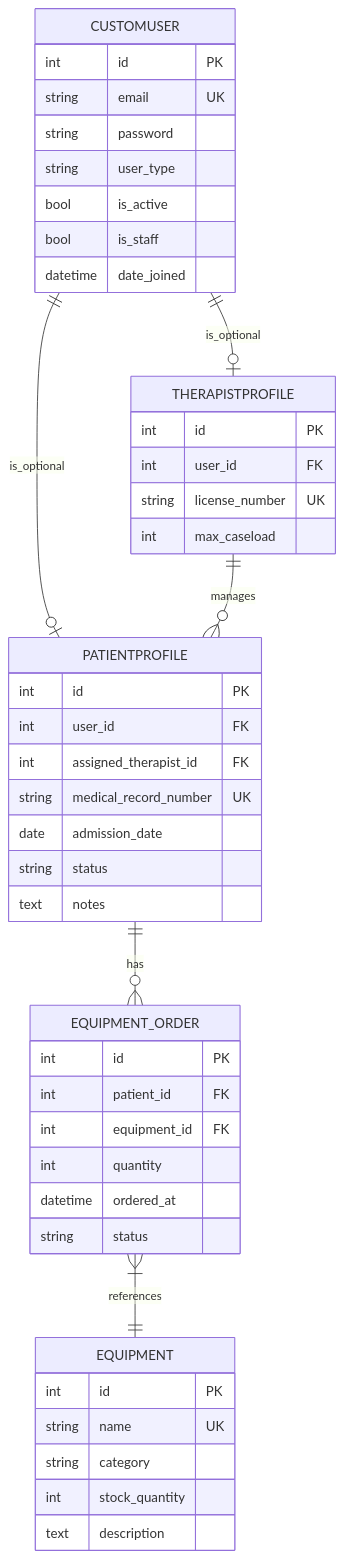
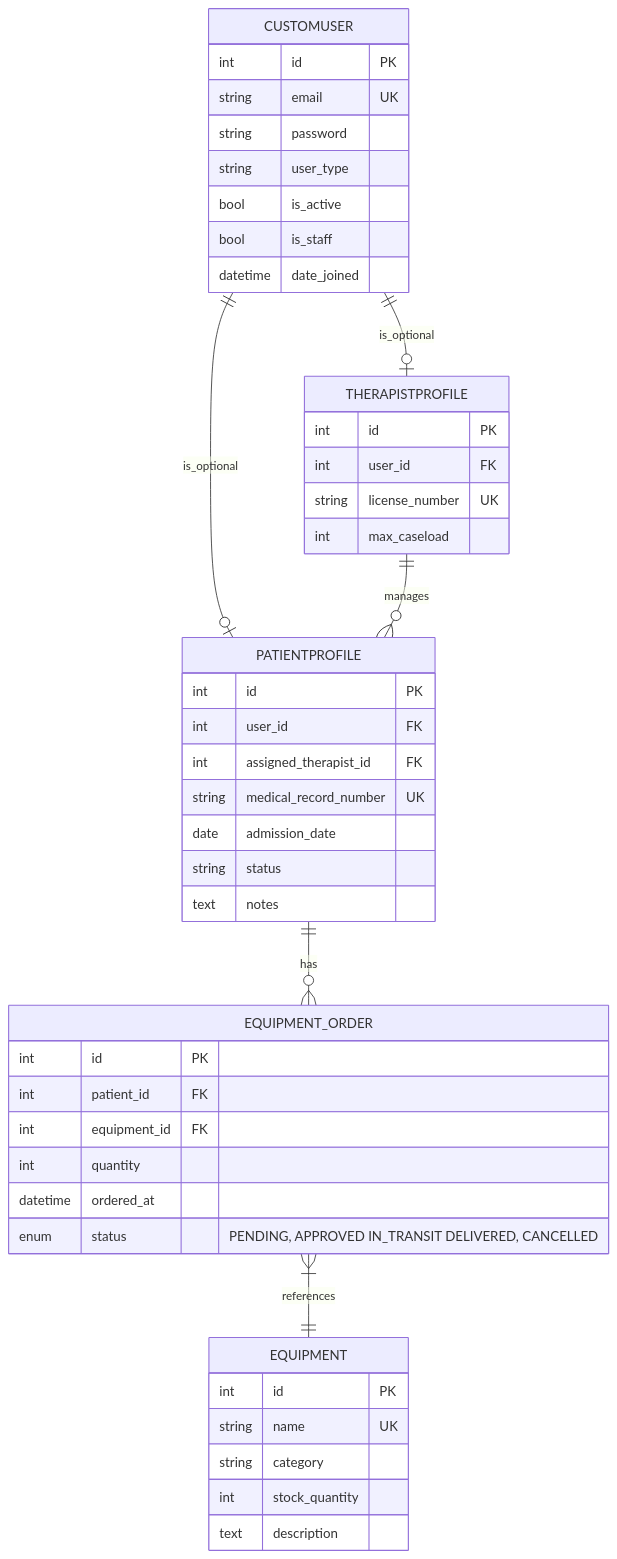
Before and after one commit to Alumsdesigns/quiporder: the diagram in docs/erd.md, drawn with Mermaid. The commit also changed 5 other files, not shown here.

Commit message:
chore: config middleware+static files for allauth+whitenoise+diagrams

````diff
--- a/docs/erd.md
+++ b/docs/erd.md
@@ -1,52 +1,52 @@
 ```mermaid
 erDiagram
     CUSTOMUSER ||--o| THERAPISTPROFILE : is_optional
     CUSTOMUSER ||--o| PATIENTPROFILE : is_optional
     THERAPISTPROFILE ||--o{ PATIENTPROFILE : manages
     PATIENTPROFILE ||--o{ EQUIPMENT_ORDER : has
     EQUIPMENT_ORDER }|--|| EQUIPMENT : references
 
     CUSTOMUSER {
         int id PK
         string email UK
         string password
         string user_type
         bool is_active
         bool is_staff
         datetime date_joined
     }
 
     THERAPISTPROFILE {
         int id PK
         int user_id FK
         string license_number UK
         int max_caseload
     }
 
     PATIENTPROFILE {
         int id PK
         int user_id FK
         int assigned_therapist_id FK
         string medical_record_number UK
         date admission_date
         string status
         text notes
     }
 
     EQUIPMENT_ORDER {
         int id PK
         int patient_id FK
         int equipment_id FK
         int quantity
         datetime ordered_at
-        string status
+        enum status "PENDING, APPROVED  IN_TRANSIT  DELIVERED, CANCELLED"
     }
 
     EQUIPMENT {
         int id PK
         string name UK
         string category
         int stock_quantity
         text description
     }
 ```
````
